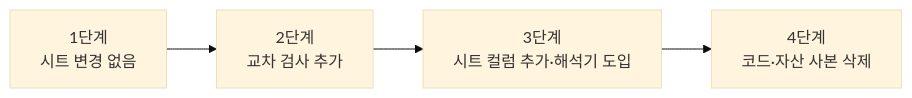
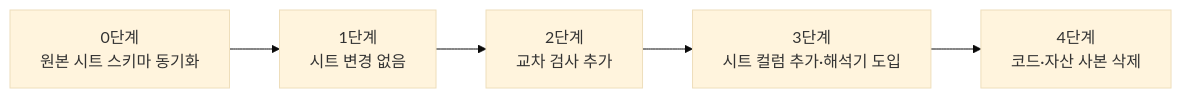
One commit to lkhwcf-arch/Human_Ghost- changed diagram 20 of 20 in Docs/개발자용 설계문서/조건 규칙 교차 감사와 흐름 단절 위험 분석.md. Above: the diagram before and after it, drawn with Mermaid (base theme). The commit also changed other lines of this file and 1 other file, not shown here.

Commit message:
조건 규칙 문서 2차 재점검: 원본 시트 스키마 이탈·배경음 데이터 무시·보스 2페이즈 선택 상수·이중 원본·미사용 컬럼 전수 결과와 설계도·우선순위 갱신

````diff
--- a/Docs/개발자용 설계문서/조건 규칙 교차 감사와 흐름 단절 위험 분석.md
+++ b/Docs/개발자용 설계문서/조건 규칙 교차 감사와 흐름 단절 위험 분석.md
@@ -616,6 +849,7 @@
 ```mermaid
 flowchart LR
-    P1[1단계<br/>시트 변경 없음] --> P2[2단계<br/>교차 검사 추가]
+    P0[0단계<br/>원본 시트 스키마 동기화] --> P1[1단계<br/>시트 변경 없음]
+    P1 --> P2[2단계<br/>교차 검사 추가]
     P2 --> P3[3단계<br/>시트 컬럼 추가·해석기 도입]
     P3 --> P4[4단계<br/>코드·자산 사본 삭제]
 ```
````
